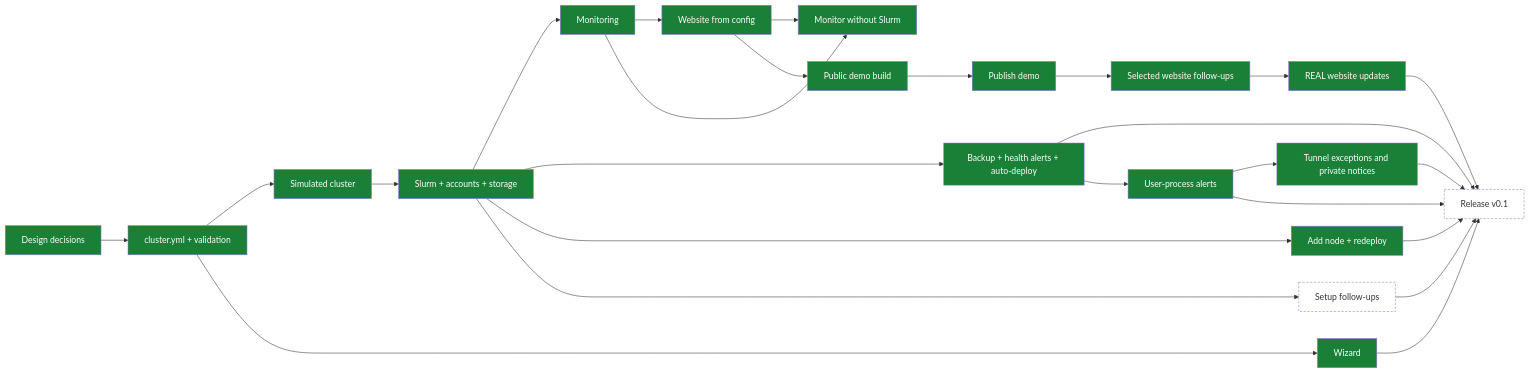
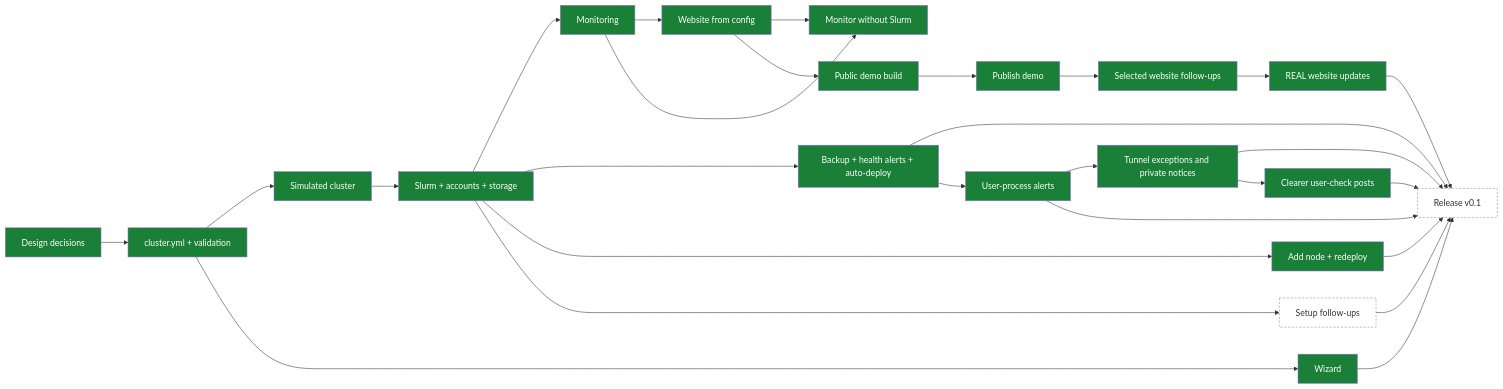
Before and after one commit to enajx/nanoHPC: the diagram in TODO.md, drawn with Mermaid. The commit also changed other lines of this file and 23 other files, not shown here.

First line of the commit message:
Restrict front-node forwarding and clarify user-check notices

````diff
--- a/TODO.md
+++ b/TODO.md
@@ -11,31 +11,33 @@
 ```mermaid
 flowchart LR
   classDef done fill:#1a7f37,color:#fff
   classDef wip fill:#d4a72c,color:#000
   classDef queued fill:none,stroke-dasharray:4 3
 
   D[Design decisions]:::done --> C[cluster.yml + validation]:::done
   C --> SIM[Simulated cluster]:::done
   SIM --> S[Slurm + accounts + storage]:::done
   S --> M[Monitoring]:::done
   M --> W[Website from config]:::done
   S --> BK[Backup + health alerts + auto-deploy]:::done
   C --> WZ[Wizard]:::done
   M --> MO[Monitor without Slurm]:::done
   W --> MO
   S --> N[Add node + redeploy]:::done
   W --> DEMO[Public demo build]:::done
   DEMO --> DP[Publish demo]:::done
   DP --> WF[Selected website follow-ups]:::done
   WF --> NW[REAL website updates]:::done
   NW --> R[Release v0.1]:::queued
   BK --> R
   BK --> UC[User-process alerts]:::done
   UC --> UA[Tunnel exceptions and private notices]:::done
   UC --> R
   UA --> R
+  UA --> CP[Clearer user-check posts]:::done
+  CP --> R
   WZ --> R
   N --> R
   S --> F[Setup follow-ups]:::queued
   F --> R
 ```
````
